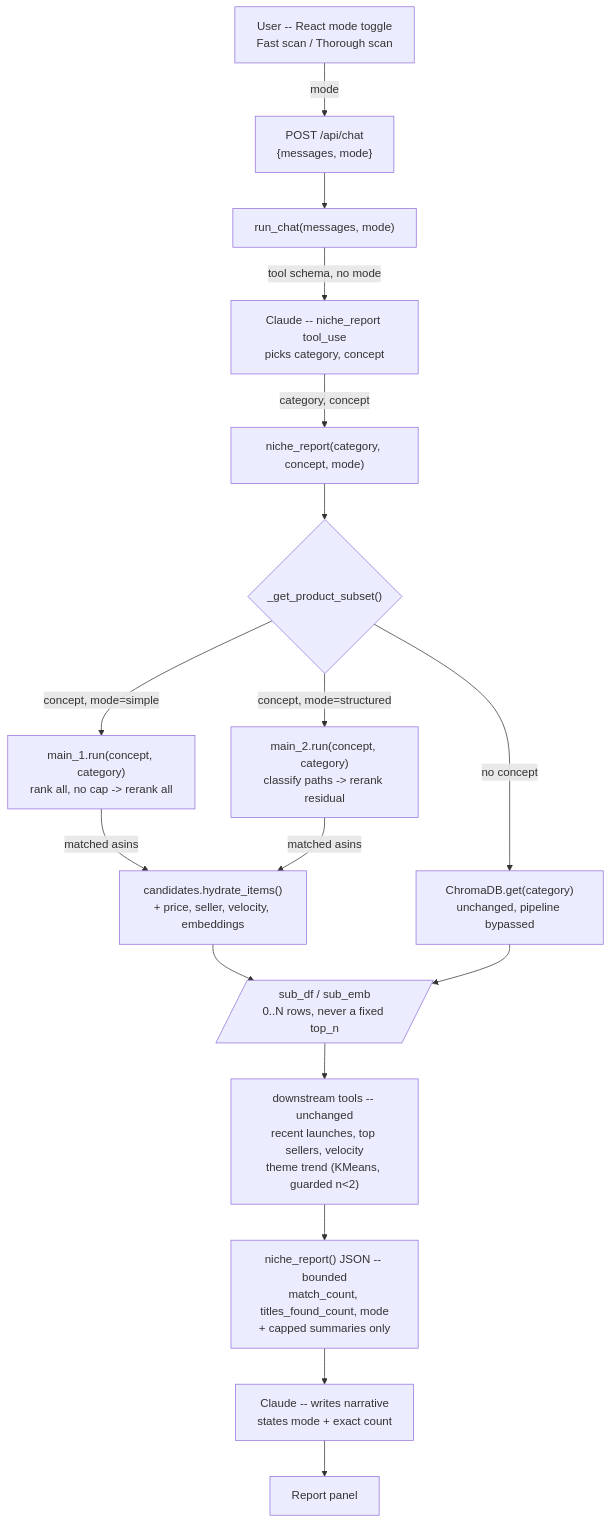
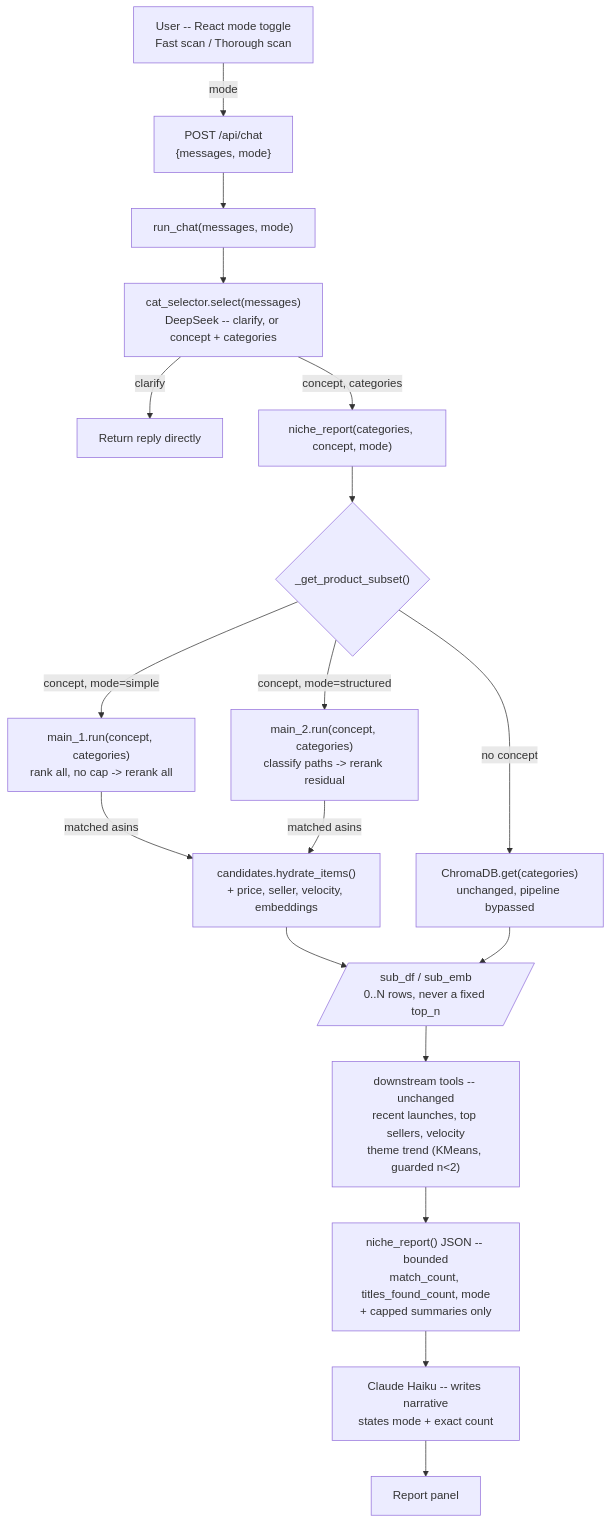
The diagram in README.md (nlp4725/Amazon_seller_research_assistant), drawn with Mermaid before and after one commit. The commit also changed other lines of this file and 45 other files, not shown here.

````diff
--- a/README.md
+++ b/README.md
@@ -194,19 +191,20 @@
 ```mermaid
 flowchart TD
     U["User -- React mode toggle\nFast scan / Thorough scan"] -->|mode| A["POST /api/chat\n{messages, mode}"]
     A --> R["run_chat(messages, mode)"]
-    R -->|"tool schema, no mode"| C1["Claude -- niche_report tool_use\npicks category, concept"]
-    C1 -->|category, concept| N["niche_report(category, concept, mode)"]
+    R --> C1["cat_selector.select(messages)\nDeepSeek -- clarify, or concept + categories"]
+    C1 -->|clarify| RP["Return reply directly"]
+    C1 -->|concept, categories| N["niche_report(categories, concept, mode)"]
     N --> D{"_get_product_subset()"}
-    D -->|"concept, mode=simple"| M1["main_1.run(concept, category)\nrank all, no cap -> rerank all"]
-    D -->|"concept, mode=structured"| M2["main_2.run(concept, category)\nclassify paths -> rerank residual"]
-    D -->|"no concept"| CH["ChromaDB.get(category)\nunchanged, pipeline bypassed"]
+    D -->|"concept, mode=simple"| M1["main_1.run(concept, categories)\nrank all, no cap -> rerank all"]
+    D -->|"concept, mode=structured"| M2["main_2.run(concept, categories)\nclassify paths -> rerank residual"]
+    D -->|"no concept"| CH["ChromaDB.get(categories)\nunchanged, pipeline bypassed"]
     M1 -->|matched asins| H["candidates.hydrate_items()\n+ price, seller, velocity, embeddings"]
     M2 -->|matched asins| H
     H --> S[/"sub_df / sub_emb\n0..N rows, never a fixed top_n"/]
     CH --> S
     S --> T["downstream tools -- unchanged\nrecent launches, top sellers, velocity\ntheme trend (KMeans, guarded n<2)"]
     T --> J["niche_report() JSON -- bounded\nmatch_count, titles_found_count, mode\n+ capped summaries only"]
-    J --> C2["Claude -- writes narrative\nstates mode + exact count"]
+    J --> C2["Claude Haiku -- writes narrative\nstates mode + exact count"]
     C2 --> P["Report panel"]
 ```
````
